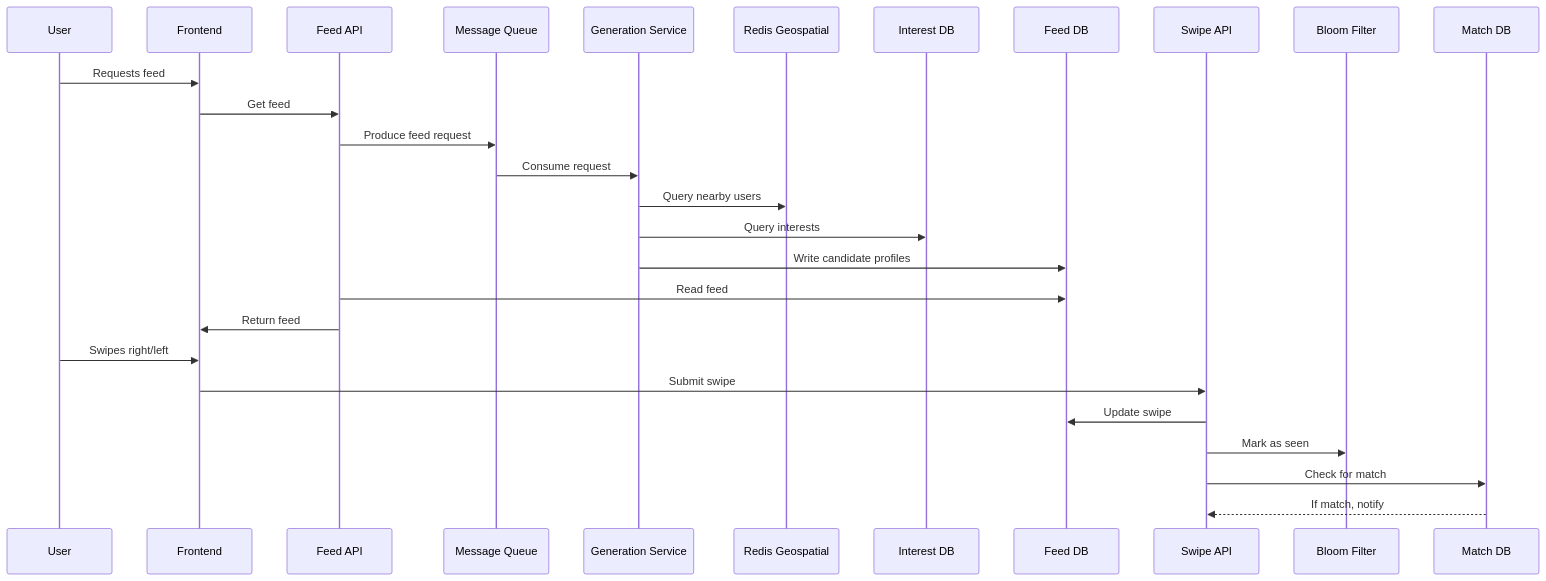
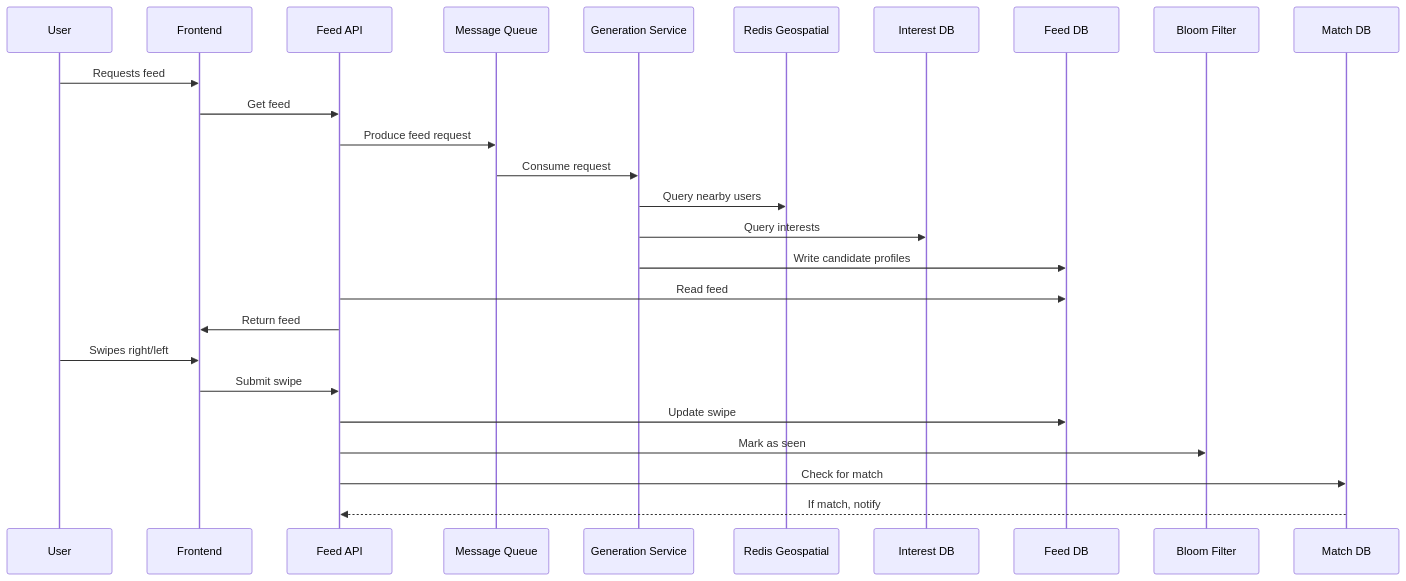
Before and after one commit to leonlnj/engineering-gym: the second of 2 diagrams in exercise/15-design-tinder-feed.md, drawn with Mermaid. The commit also changed other lines of this file, not shown here.

Commit message:
update diagram

````diff
--- a/exercise/15-design-tinder-feed.md
+++ b/exercise/15-design-tinder-feed.md
@@ -86,31 +83,30 @@
 ```mermaid
 sequenceDiagram
     participant U as User
     participant FE as Frontend
     participant API as Feed API
     participant MQ as Message Queue
     participant GEN as Generation Service
     participant GEO as Redis Geospatial
     participant INT as Interest DB
     participant FDB as Feed DB
-    participant SW as Swipe API
     participant B as Bloom Filter
     participant M as Match DB
 
     U->>FE: Requests feed
     FE->>API: Get feed
     API->>MQ: Produce feed request
     MQ->>GEN: Consume request
     GEN->>GEO: Query nearby users
     GEN->>INT: Query interests
     GEN->>FDB: Write candidate profiles
     API->>FDB: Read feed
     API->>FE: Return feed
 
     U->>FE: Swipes right/left
-    FE->>SW: Submit swipe
-    SW->>FDB: Update swipe
-    SW->>B: Mark as seen
-    SW->>M: Check for match
-    M-->>SW: If match, notify
+    FE->>API: Submit swipe
+    API->>FDB: Update swipe
+    API->>B: Mark as seen
+    API->>M: Check for match
+    M-->>API: If match, notify
 ```
````
